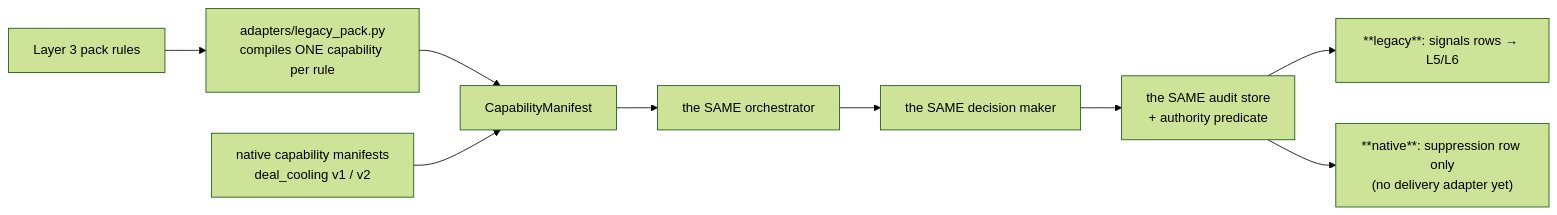
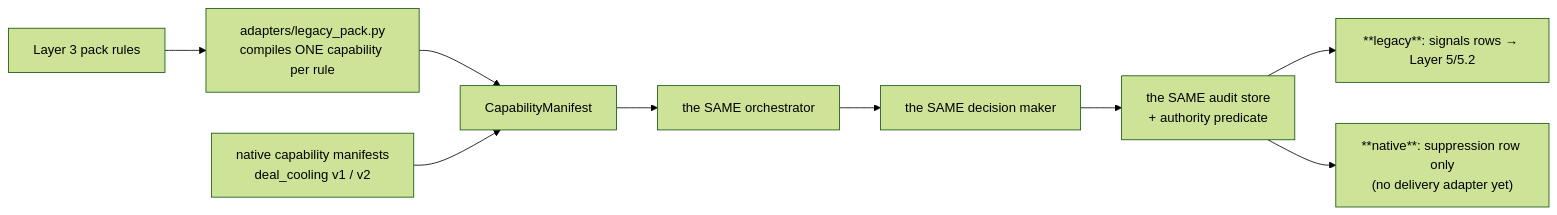
Before and after one commit to themoronss/genios-brain: the fourth of 4 diagrams in System Design/Layer-4-Reasoning-Engine/00-Overview.md, drawn with Mermaid (forest theme). The commit also changed other lines of this file and 316 other files, not shown here.

````diff
--- a/System Design/Layer-4-Reasoning-Engine/00-Overview.md
+++ b/System Design/Layer-4-Reasoning-Engine/00-Overview.md
@@ -280,11 +280,11 @@
 ```mermaid
 flowchart LR
     PK["Layer 3 pack rules"] --> AD["adapters/legacy_pack.py<br/>compiles ONE capability per rule"]
     AD --> CAP["CapabilityManifest"]
     NAT["native capability manifests<br/>deal_cooling v1 / v2"] --> CAP
     CAP --> ORC["the SAME orchestrator"]
     ORC --> DM["the SAME decision maker"]
     DM --> AU["the SAME audit store<br/>+ authority predicate"]
-    AU --> SIG["**legacy**: signals rows → L5/L6"]
+    AU --> SIG["**legacy**: signals rows → Layer 5/5.2"]
     AU --> SH["**native**: suppression row only<br/>(no delivery adapter yet)"]
 ```
````
